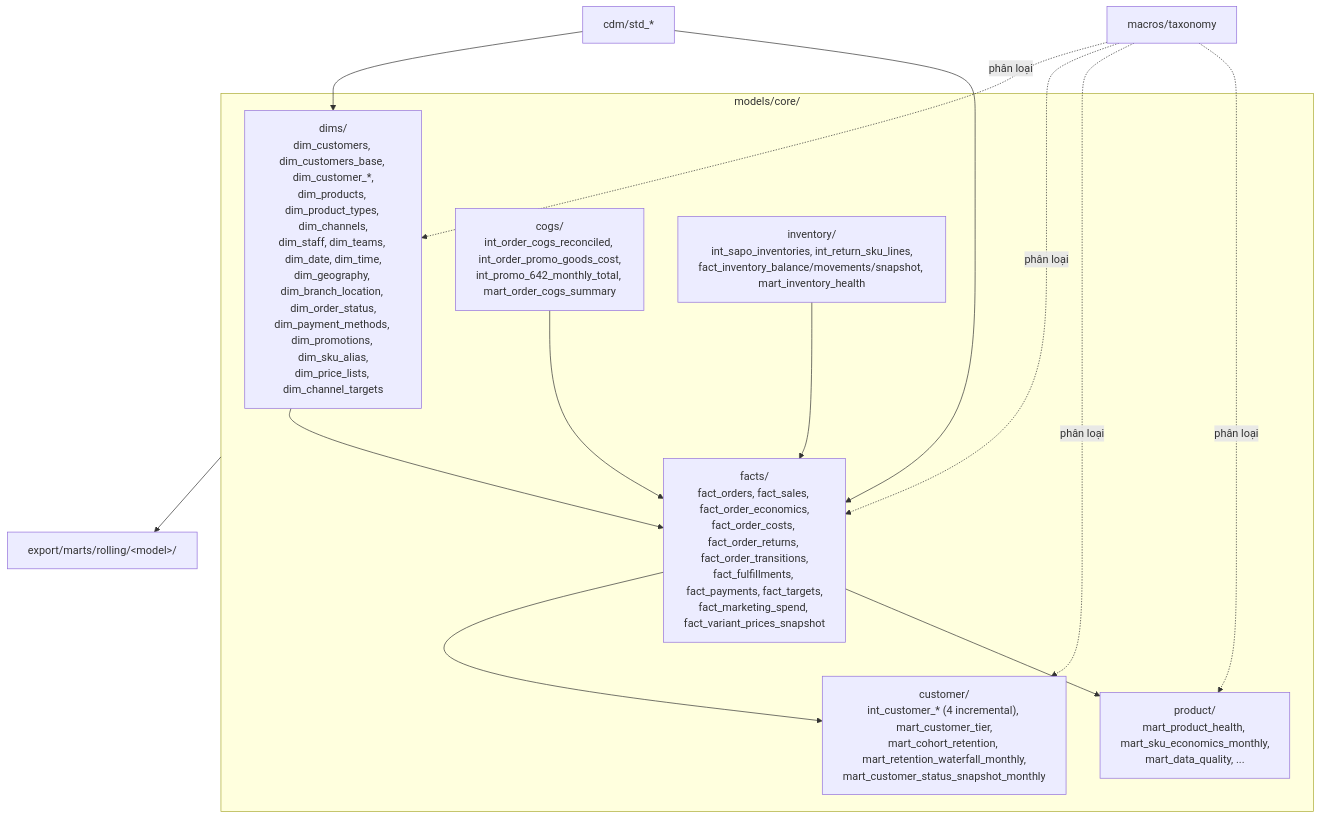
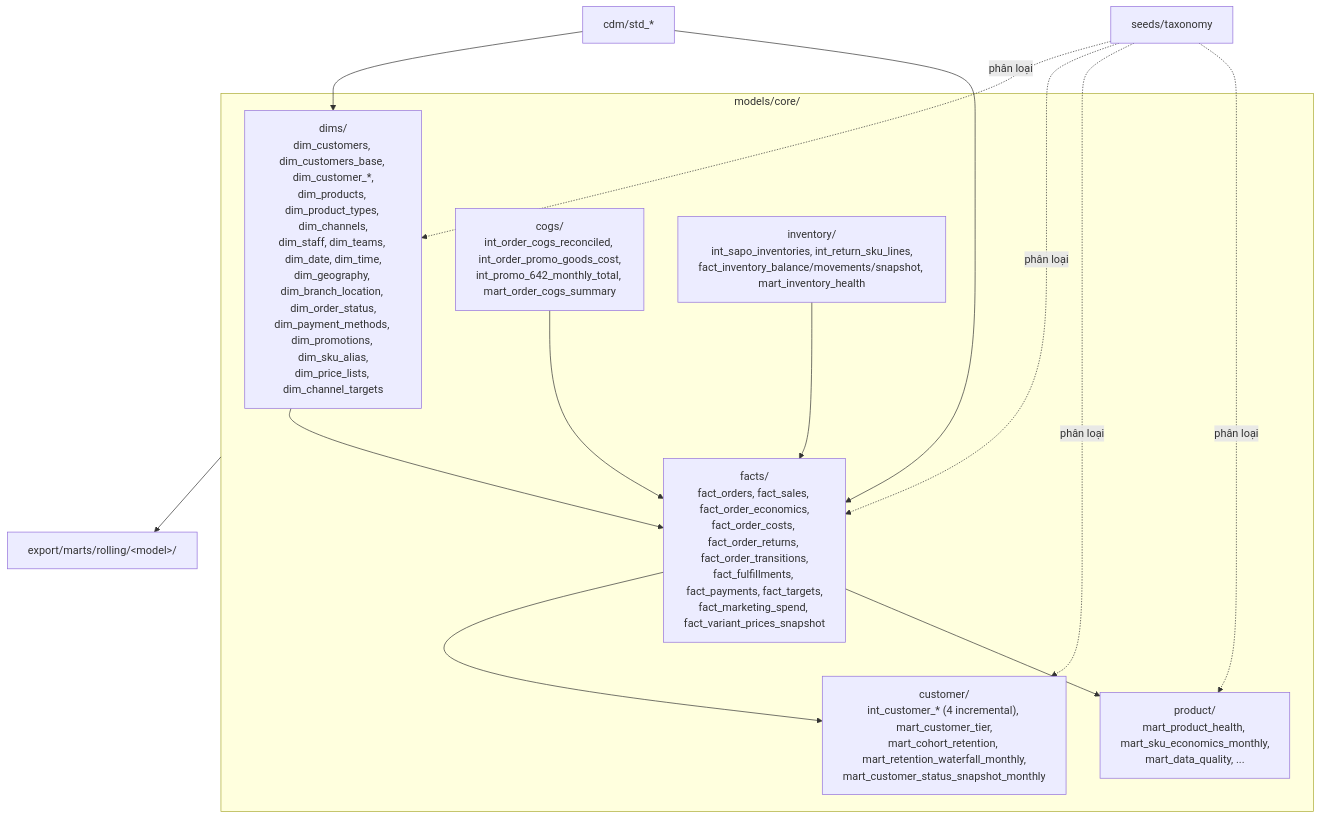
Before and after one commit to vantt/data-integration: the eighth of 13 diagrams in docs/architecture/modules.md, drawn with Mermaid. The commit also changed other lines of this file and 43 other files, not shown here.

First line of the commit message:
refactor(taxonomy): inventory classification rules and gather their seeds

````diff
--- a/docs/architecture/modules.md
+++ b/docs/architecture/modules.md
@@ -401,17 +402,17 @@
 ```mermaid
 flowchart TB
     CDM["cdm/std_*"] --> DIMS
     CDM --> FACTS
     subgraph CORE["models/core/"]
         DIMS["dims/<br/>dim_customers, dim_customers_base, dim_customer_*,<br/>dim_products, dim_product_types, dim_channels,<br/>dim_staff, dim_teams, dim_date, dim_time,<br/>dim_geography, dim_branch_location, dim_order_status,<br/>dim_payment_methods, dim_promotions, dim_sku_alias,<br/>dim_price_lists, dim_channel_targets"]
         FACTS["facts/<br/>fact_orders, fact_sales, fact_order_economics,<br/>fact_order_costs, fact_order_returns, fact_order_transitions,<br/>fact_fulfillments, fact_payments, fact_targets,<br/>fact_marketing_spend, fact_variant_prices_snapshot"]
         CUST["customer/<br/>int_customer_* (4 incremental), mart_customer_tier,<br/>mart_cohort_retention, mart_retention_waterfall_monthly,<br/>mart_customer_status_snapshot_monthly"]
         PROD["product/<br/>mart_product_health, mart_sku_economics_monthly,<br/>mart_data_quality, ..."]
         COGS["cogs/<br/>int_order_cogs_reconciled, int_order_promo_goods_cost,<br/>int_promo_642_monthly_total, mart_order_cogs_summary"]
         INV["inventory/<br/>int_sapo_inventories, int_return_sku_lines,<br/>fact_inventory_balance/movements/snapshot, mart_inventory_health"]
     end
     DIMS --> FACTS --> CUST & PROD
     COGS & INV --> FACTS
-    TAX["macros/taxonomy"] -. "phân loại" .-> DIMS & FACTS & CUST & PROD
+    TAX["seeds/taxonomy"] -. "phân loại" .-> DIMS & FACTS & CUST & PROD
     CORE --> ROLL["export/marts/rolling/&lt;model&gt;/"]
 ```
````
